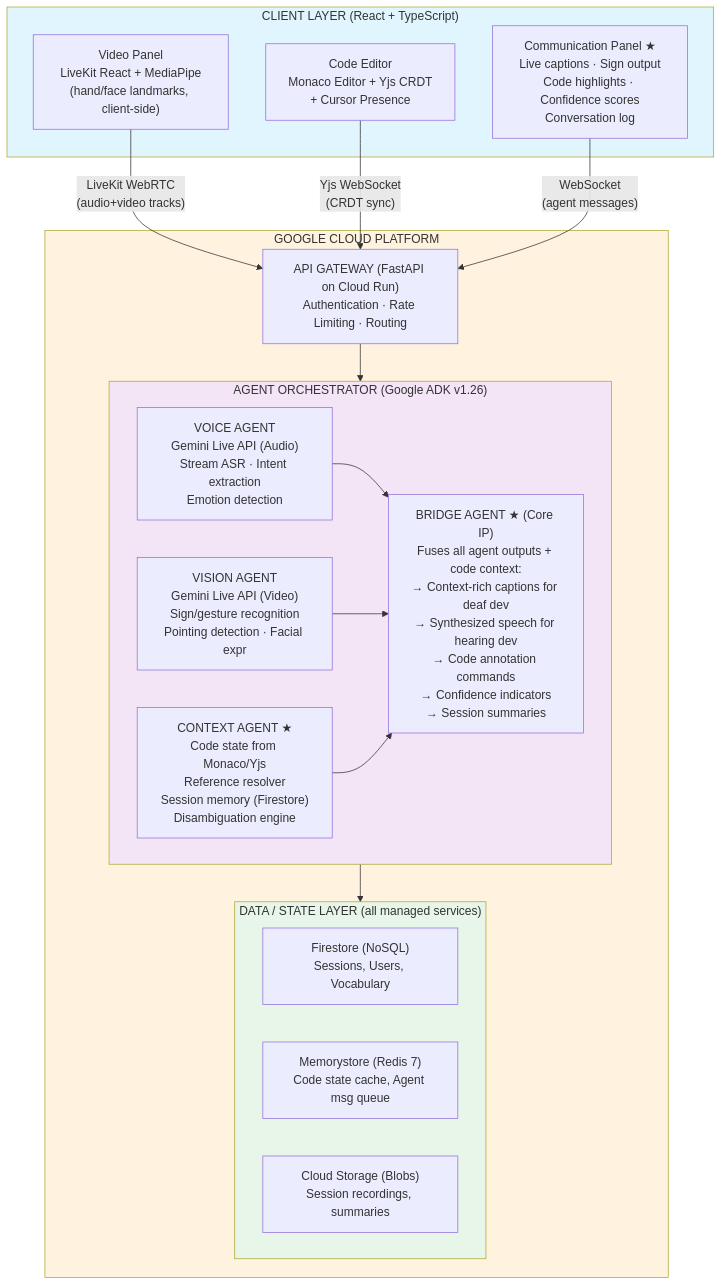
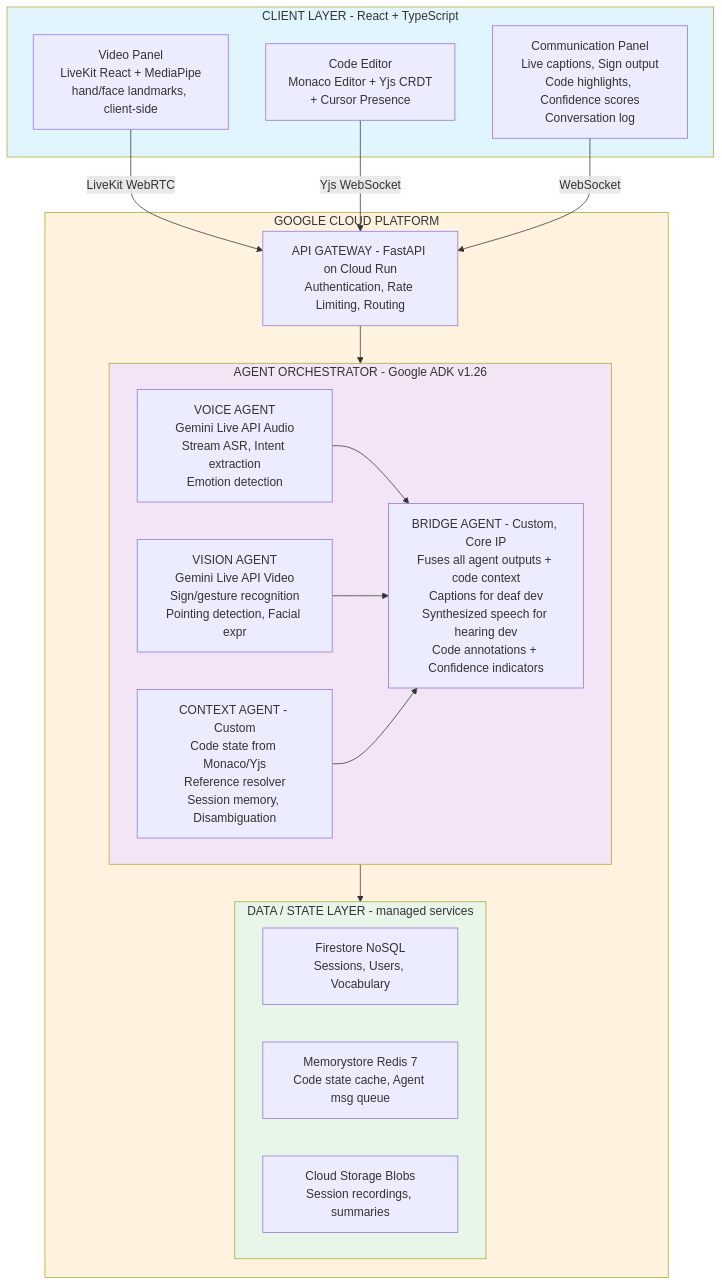
Before and after one commit to IndarKarhana/gemini-codebridge: the second of 13 diagrams in docs/ARCHITECTURE.md, drawn with Mermaid. The commit also changed other lines of this file and 5 other files, not shown here.

First line of the commit message:
fix: repair mermaid diagrams and remove .cursor directory

````diff
--- a/docs/ARCHITECTURE.md
+++ b/docs/ARCHITECTURE.md
@@ -229,38 +229,38 @@
 ```mermaid
 flowchart TD
-    subgraph Client["CLIENT LAYER (React + TypeScript)"]
-        VP["Video Panel\nLiveKit React + MediaPipe\n(hand/face landmarks, client-side)"]
-        CE["Code Editor\nMonaco Editor + Yjs CRDT\n+ Cursor Presence"]
-        CP["Communication Panel ★\nLive captions · Sign output\nCode highlights · Confidence scores\nConversation log"]
+    subgraph Client["CLIENT LAYER - React + TypeScript"]
+        VP["Video Panel<br/>LiveKit React + MediaPipe<br/>hand/face landmarks, client-side"]
+        CE["Code Editor<br/>Monaco Editor + Yjs CRDT<br/>+ Cursor Presence"]
+        CP["Communication Panel<br/>Live captions, Sign output<br/>Code highlights, Confidence scores<br/>Conversation log"]
     end
 
-    VP -->|"LiveKit WebRTC\n(audio+video tracks)"| GW
-    CE -->|"Yjs WebSocket\n(CRDT sync)"| GW
-    CP -->|"WebSocket\n(agent messages)"| GW
+    VP -->|LiveKit WebRTC| GW
+    CE -->|Yjs WebSocket| GW
+    CP -->|WebSocket| GW
 
     subgraph Cloud["GOOGLE CLOUD PLATFORM"]
-        GW["API GATEWAY (FastAPI on Cloud Run)\nAuthentication · Rate Limiting · Routing"]
+        GW["API GATEWAY - FastAPI on Cloud Run<br/>Authentication, Rate Limiting, Routing"]
 
-        subgraph Orchestrator["AGENT ORCHESTRATOR (Google ADK v1.26)"]
-            VA["VOICE AGENT\nGemini Live API (Audio)\nStream ASR · Intent extraction\nEmotion detection"]
-            VIA["VISION AGENT\nGemini Live API (Video)\nSign/gesture recognition\nPointing detection · Facial expr"]
-            CA["CONTEXT AGENT ★\nCode state from Monaco/Yjs\nReference resolver\nSession memory (Firestore)\nDisambiguation engine"]
-            VA & VIA & CA --> BA["BRIDGE AGENT ★ (Core IP)\nFuses all agent outputs + code context:\n→ Context-rich captions for deaf dev\n→ Synthesized speech for hearing dev\n→ Code annotation commands\n→ Confidence indicators\n→ Session summaries"]
+        subgraph Orchestrator["AGENT ORCHESTRATOR - Google ADK v1.26"]
+            VA["VOICE AGENT<br/>Gemini Live API Audio<br/>Stream ASR, Intent extraction<br/>Emotion detection"]
+            VisionA["VISION AGENT<br/>Gemini Live API Video<br/>Sign/gesture recognition<br/>Pointing detection, Facial expr"]
+            CA["CONTEXT AGENT - Custom<br/>Code state from Monaco/Yjs<br/>Reference resolver<br/>Session memory, Disambiguation"]
+            VA & VisionA & CA --> BA["BRIDGE AGENT - Custom, Core IP<br/>Fuses all agent outputs + code context<br/>Captions for deaf dev<br/>Synthesized speech for hearing dev<br/>Code annotations + Confidence indicators"]
         end
 
         GW --> Orchestrator
 
-        subgraph Data["DATA / STATE LAYER (all managed services)"]
-            FS["Firestore (NoSQL)\nSessions, Users, Vocabulary"]
-            MS["Memorystore (Redis 7)\nCode state cache, Agent msg queue"]
-            CS["Cloud Storage (Blobs)\nSession recordings, summaries"]
+        subgraph Data["DATA / STATE LAYER - managed services"]
+            FS["Firestore NoSQL<br/>Sessions, Users, Vocabulary"]
+            MS["Memorystore Redis 7<br/>Code state cache, Agent msg queue"]
+            CS["Cloud Storage Blobs<br/>Session recordings, summaries"]
         end
 
         Orchestrator --> Data
     end
 
     style Client fill:#e1f5fe
     style Cloud fill:#fff3e0
     style Orchestrator fill:#f3e5f5
     style Data fill:#e8f5e9
 ```
````
